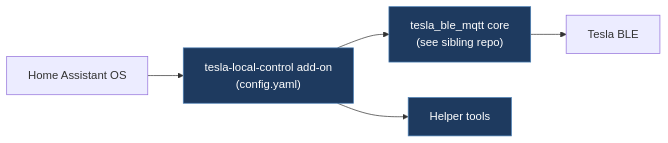
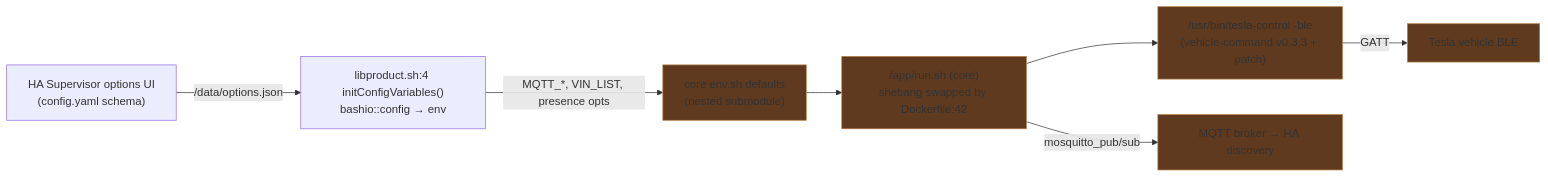
Before and after one commit to babico/TeslaCANModder: the diagram in docs/legacy/tesla-local-control-tesla-local-control-addon.md, drawn with Mermaid. The commit also changed other lines of this file and 99 other files, not shown here.

````diff
--- a/docs/legacy/tesla-local-control-tesla-local-control-addon.md
+++ b/docs/legacy/tesla-local-control-tesla-local-control-addon.md
@@ -14,9 +64,11 @@
 ```mermaid
 flowchart LR
-    HA["Home Assistant OS"] --> Addon["tesla-local-control add-on<br/>(config.yaml)"]
-    Addon --> Core["tesla_ble_mqtt core<br/>(see sibling repo)"]
-    Addon --> Tools["Helper tools"]
-    Core --> Tesla["Tesla BLE"]
-    classDef path fill:#1e3a5f,stroke:#4a7fb5,color:#fff
-    class Addon,Core,Tools path
+    UI["HA Supervisor options UI<br/>(config.yaml schema)"] -->|/data/options.json| LP["libproduct.sh:4 initConfigVariables()<br/>bashio::config → env"]
+    LP -->|MQTT_*, VIN_LIST, presence opts| ENV["core env.sh defaults<br/>(nested submodule)"]
+    ENV --> RUN["/app/run.sh (core)<br/>shebang swapped by Dockerfile:42"]
+    RUN --> TC["/usr/bin/tesla-control -ble<br/>(vehicle-command v0.3.3 + patch)"]
+    TC -->|GATT| Car["Tesla vehicle BLE"]
+    RUN -->|mosquitto_pub/sub| MQTT["MQTT broker → HA discovery"]
+    classDef core fill:#5f3a1e,stroke:#b57f4a
+    class ENV,RUN,TC,MQTT,Car core
 ```
````
